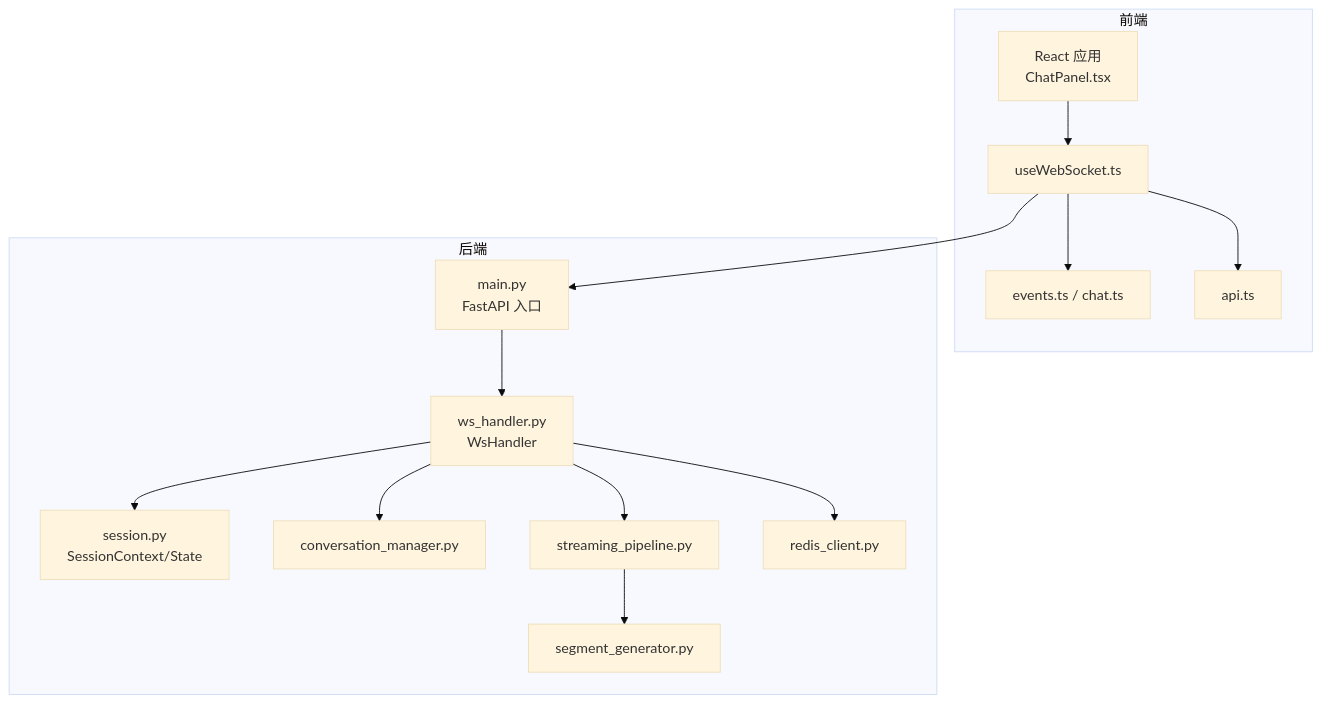
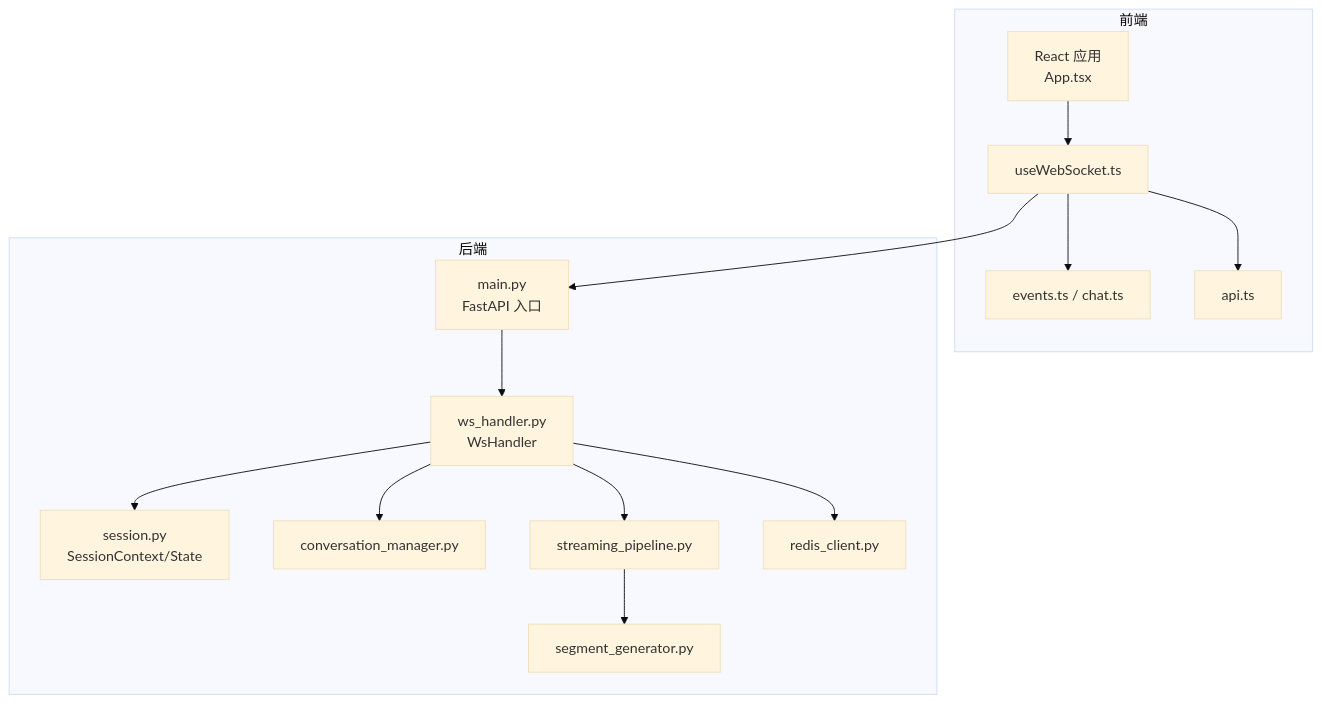
The first of 7 diagrams in .qoder/repowiki/zh/content/后端服务/WebSocket 通信协议.md (leo21cn/real-time-talk), drawn with Mermaid (base theme) before and after one commit. The commit also changed other lines of this file and 9 other files, not shown here.

````diff
--- a/.qoder/repowiki/zh/content/后端服务/WebSocket 通信协议.md
+++ b/.qoder/repowiki/zh/content/后端服务/WebSocket 通信协议.md
@@ -51,28 +63,28 @@
 ```mermaid
 graph TB
 subgraph "前端"
-UI["React 应用<br/>ChatPanel.tsx"]
+UI["React 应用<br/>App.tsx"]
 WSHook["useWebSocket.ts"]
 Types["events.ts / chat.ts"]
 API["api.ts"]
 end
 subgraph "后端"
 Main["main.py<br/>FastAPI 入口"]
 WSH["ws_handler.py<br/>WsHandler"]
 Model["session.py<br/>SessionContext/State"]
 Conv["conversation_manager.py"]
 Pipe["streaming_pipeline.py"]
 Gen["segment_generator.py"]
 Redis["redis_client.py"]
 end
 UI --> WSHook
 WSHook --> Types
 WSHook --> API
 WSHook --> Main
 Main --> WSH
 WSH --> Model
 WSH --> Conv
 WSH --> Pipe
 Pipe --> Gen
 WSH --> Redis
 ```
````
